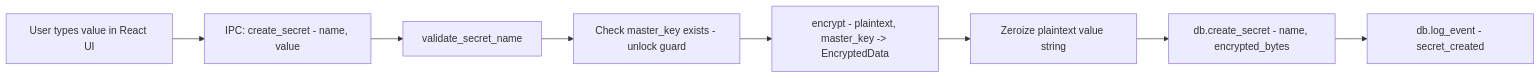
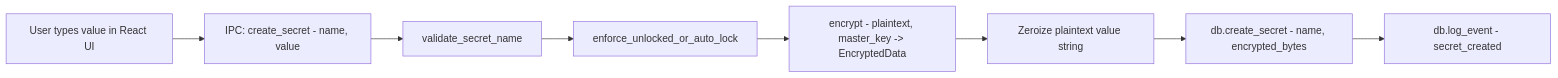
The second of 7 diagrams in plans/security-review.md (RynAgain/TamperMonkey-Secret-Manager), drawn with Mermaid before and after one commit. The commit also changed other lines of this file and 9 other files, not shown here.

````diff
--- a/plans/security-review.md
+++ b/plans/security-review.md
@@ -208,10 +464,10 @@
 ```mermaid
 graph LR
     A[User types value in React UI] --> B[IPC: create_secret - name, value]
     B --> C[validate_secret_name]
-    C --> D[Check master_key exists - unlock guard]
+    C --> D[enforce_unlocked_or_auto_lock]
     D --> E[encrypt - plaintext, master_key -> EncryptedData]
     E --> F[Zeroize plaintext value string]
     F --> G[db.create_secret - name, encrypted_bytes]
     G --> H[db.log_event - secret_created]
 ```
````
